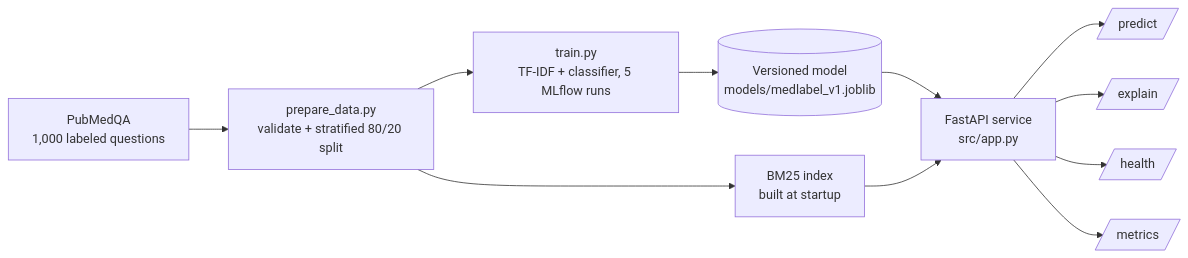
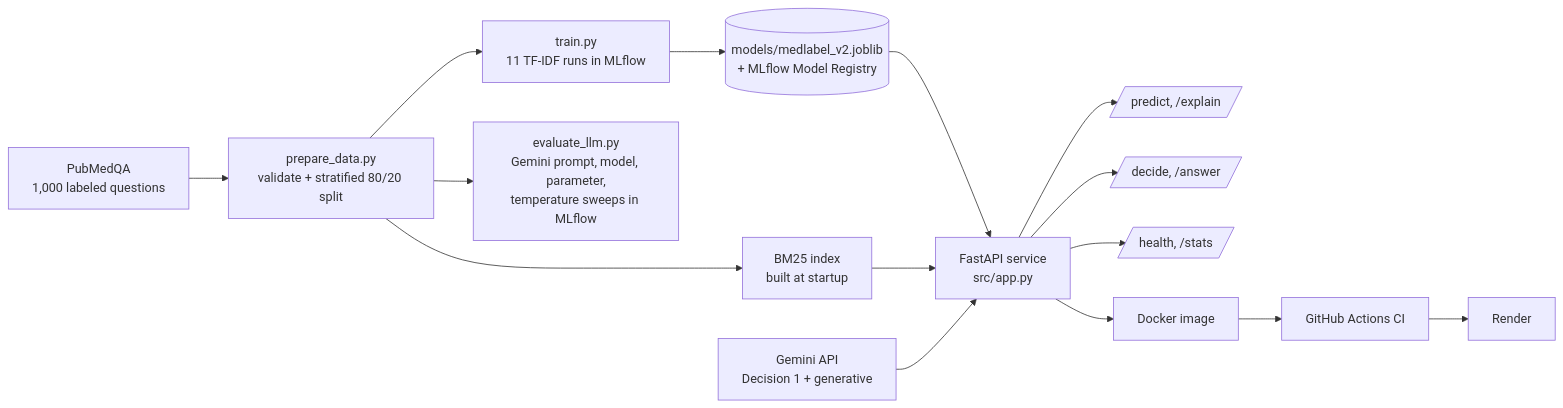
One commit to FahadShah7/MedLabel changed the diagram in README.md. Above: the diagram before and after it, drawn with Mermaid. The commit also changed other lines of this file and 2 other files, not shown here.

````diff
--- a/README.md
+++ b/README.md
@@ -9,13 +11,15 @@
 ```mermaid
 flowchart LR
     A[PubMedQA<br/>1,000 labeled questions] --> B[prepare_data.py<br/>validate + stratified 80/20 split]
-    B --> C[train.py<br/>TF-IDF + classifier, 5 MLflow runs]
-    C --> D[(Versioned model<br/>models/medlabel_v1.joblib)]
+    B --> C[train.py<br/>11 TF-IDF runs in MLflow]
+    C --> D[(models/medlabel_v2.joblib<br/>+ MLflow Model Registry)]
+    B --> L[evaluate_llm.py<br/>Gemini prompt, model, parameter,<br/>temperature sweeps in MLflow]
     D --> E[FastAPI service<br/>src/app.py]
     B --> F[BM25 index<br/>built at startup]
     F --> E
-    E --> G[/predict/]
-    E --> H[/explain/]
-    E --> I[/health/]
-    E --> J[/metrics/]
+    G[Gemini API<br/>Decision 1 + generative] --> E
+    E --> P[/predict, /explain/]
+    E --> Q[/decide, /answer/]
+    E --> R[/health, /stats/]
+    E --> S[Docker image] --> T[GitHub Actions CI] --> U[Render]
 ```
````
